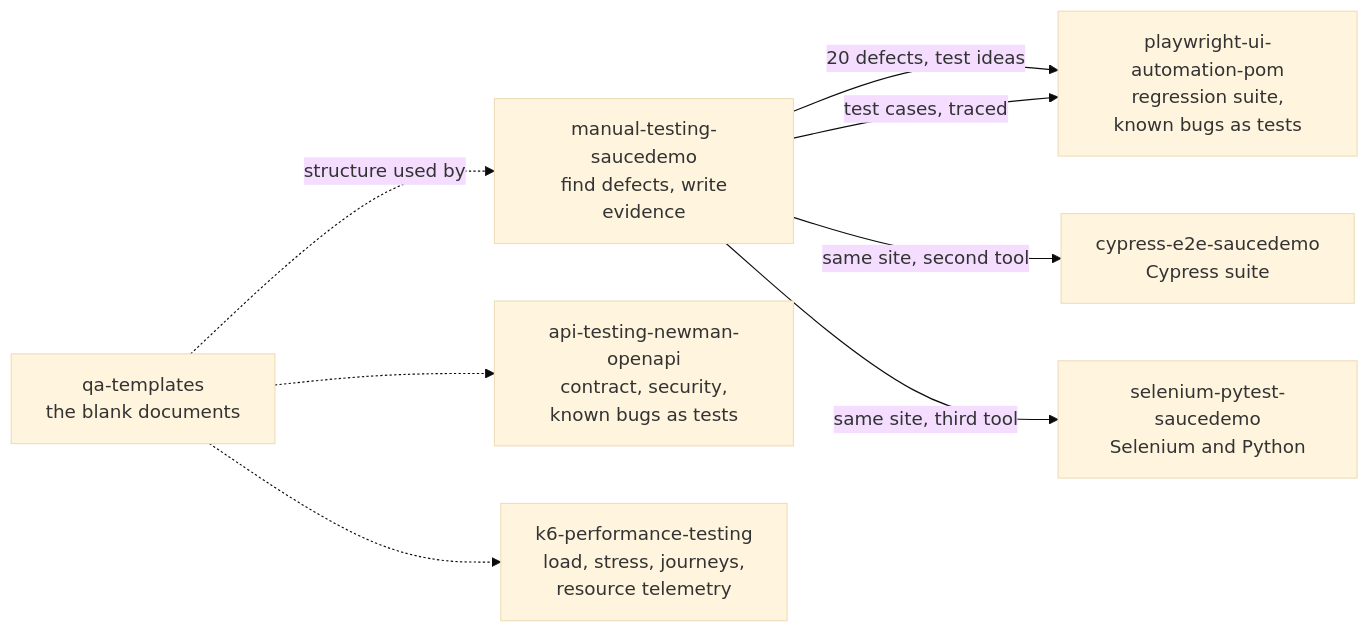
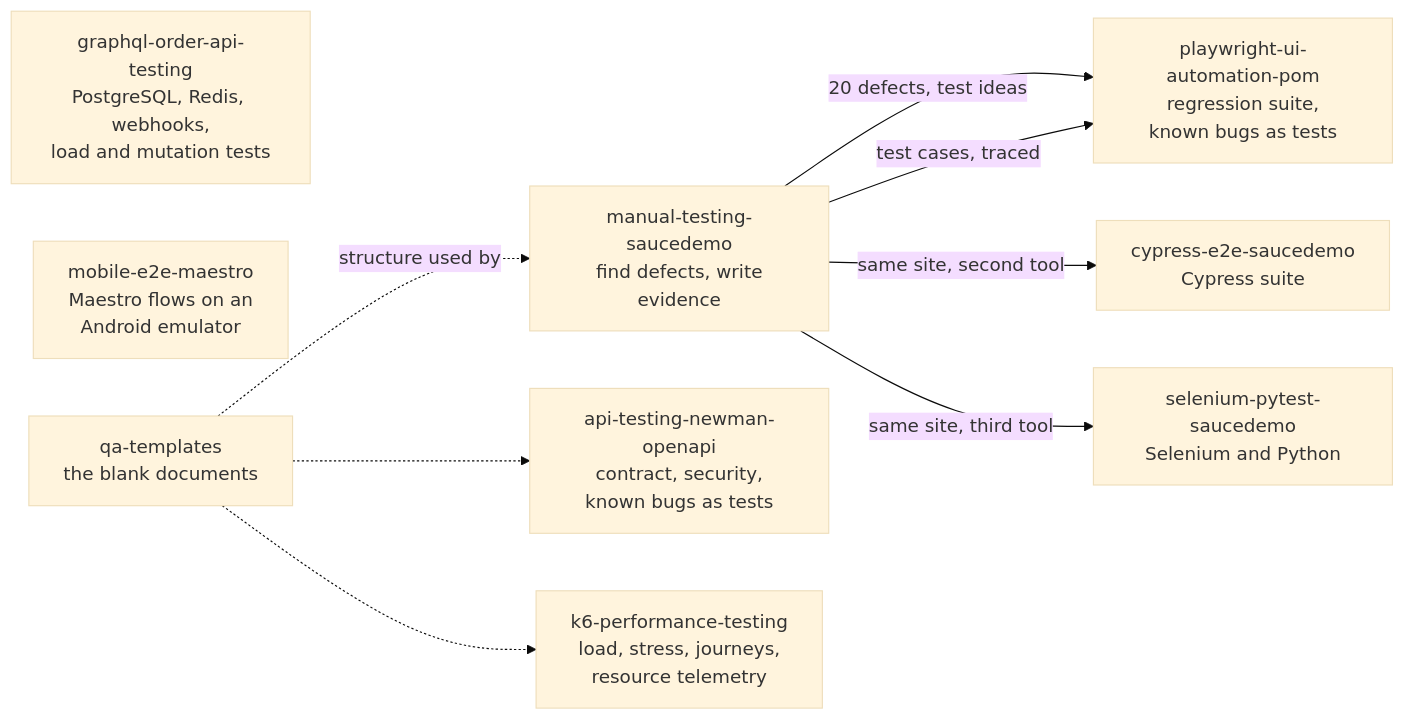
The diagram in README.md (jahidulislamrihan26/sqa-portfolio), drawn with Mermaid (base theme) before and after one commit. The commit also changed other lines of this file and 2 other files, not shown here.

Commit message:
Hub and portfolio: add the GraphQL order API tests and the Maestro mobile tests

````diff
--- a/README.md
+++ b/README.md
@@ -24,12 +26,14 @@
 ```mermaid
 flowchart LR
     M[manual-testing-saucedemo<br/>find defects, write<br/>evidence] -->|20 defects, test ideas| A[playwright-ui-automation-pom<br/>regression suite,<br/>known bugs as tests]
     M -->|test cases, traced| A
     M -->|same site, second tool| C[cypress-e2e-saucedemo<br/>Cypress suite]
     M -->|same site, third tool| S[selenium-pytest-saucedemo<br/>Selenium and Python]
     API[api-testing-newman-openapi<br/>contract, security,<br/>known bugs as tests]
+    G[graphql-order-api-testing<br/>PostgreSQL, Redis, webhooks,<br/>load and mutation tests]
+    MB[mobile-e2e-maestro<br/>Maestro flows on an<br/>Android emulator]
     P[k6-performance-testing<br/>load, stress, journeys,<br/>resource telemetry]
     T[qa-templates<br/>the blank documents] -.->|structure used by| M
     T -.-> API
     T -.-> P
 ```
````
